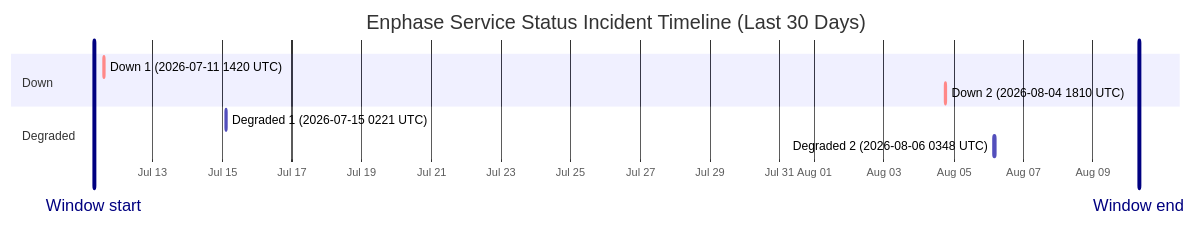
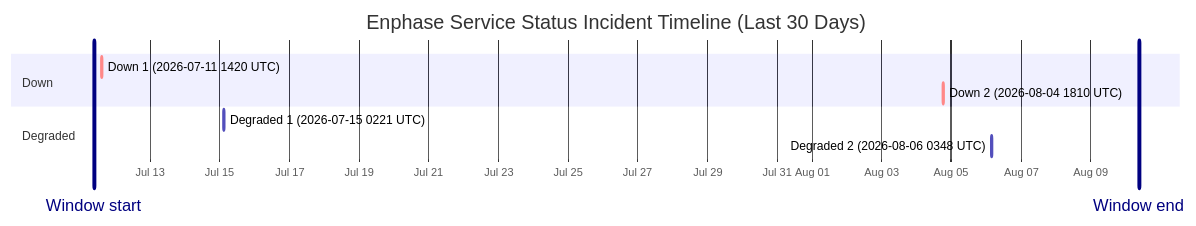
One commit to barneyonline/ha-enphase-energy changed the diagram in wiki/Service-Status-History.md. Above: the diagram before and after it, drawn with Mermaid. The commit also changed other lines of this file and 3 other files, not shown here.

````diff
--- a/wiki/Service-Status-History.md
+++ b/wiki/Service-Status-History.md
@@ -14,14 +14,14 @@
 ```mermaid
 gantt
     title Enphase Service Status Incident Timeline (Last 30 Days)
     dateFormat  YYYY-MM-DDTHH:mm:ss
     axisFormat  %b %d
-    Window start :vert, window-start, 2026-07-11T07:41:27, 0ms
-    Window end :vert, window-end, 2026-08-10T07:41:27, 0ms
+    Window start :vert, window-start, 2026-07-11T09:17:58, 0ms
+    Window end :vert, window-end, 2026-08-10T09:17:58, 0ms
     section Down
     Down 1 (2026-07-11 1420 UTC) :crit, down-1, 2026-07-11T14:20:54, 69m
     Down 2 (2026-08-04 1810 UTC) :crit, down-2, 2026-08-04T18:10:46, 60m
     section Degraded
     Degraded 1 (2026-07-15 0221 UTC) :active, degraded-1, 2026-07-15T02:21:35, 60m
     Degraded 2 (2026-08-06 0348 UTC) :active, degraded-2, 2026-08-06T03:48:14, 60m
 ```
````
